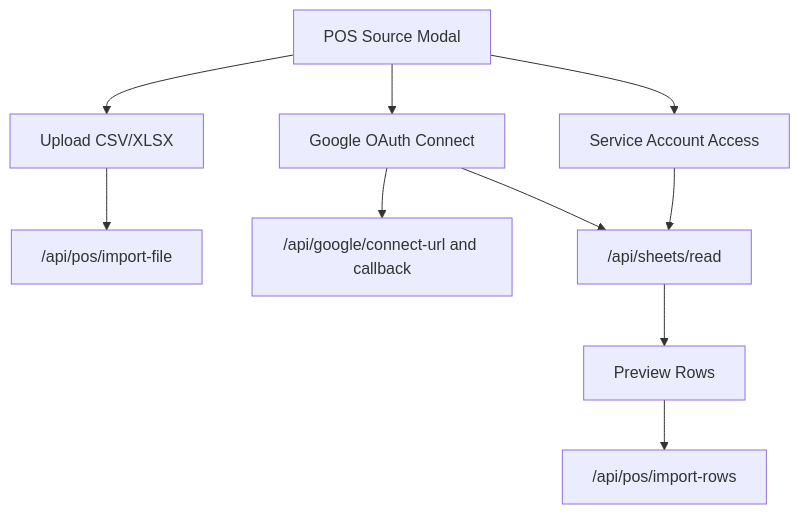
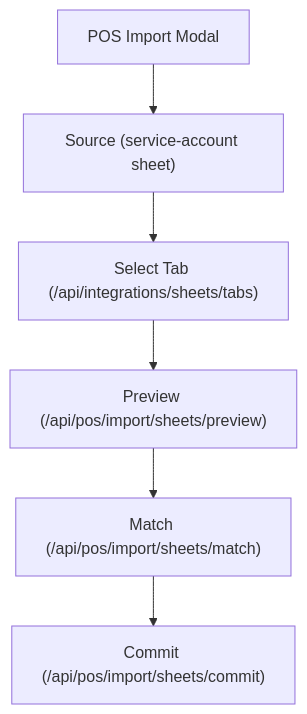
One commit to comp596-spring-2026/RetailSync changed the third of 3 diagrams in README.md. Above: the diagram before and after it, drawn with Mermaid. The commit also changed other lines of this file and 24 other files, not shown here.

Commit message:
feat: ci/cd branching + sheets tabs/preview/matching flow

````diff
--- a/README.md
+++ b/README.md
@@ -112,13 +112,8 @@
 ```mermaid
 flowchart TD
-  A["POS Source Modal"] --> B["Upload CSV/XLSX"]
-  A --> C["Google OAuth Connect"]
-  A --> D["Service Account Access"]
-
-  B --> E["/api/pos/import-file"]
-  C --> F["/api/google/connect-url and callback"]
-  C --> G["/api/sheets/read"]
-  D --> G
-  G --> H["Preview Rows"]
-  H --> I["/api/pos/import-rows"]
+  A["POS Import Modal"] --> B["Source (service-account sheet)"]
+  B --> C["Select Tab (/api/integrations/sheets/tabs)"]
+  C --> D["Preview (/api/pos/import/sheets/preview)"]
+  D --> E["Match (/api/pos/import/sheets/match)"]
+  E --> F["Commit (/api/pos/import/sheets/commit)"]
 ```
````
